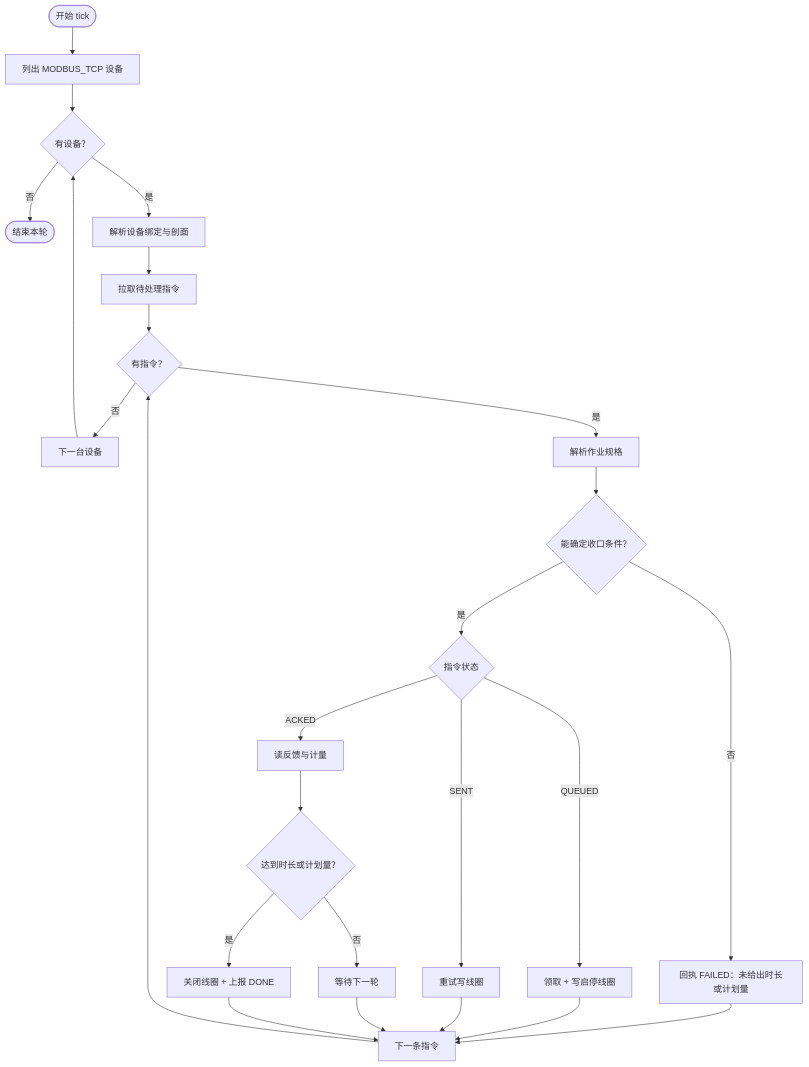
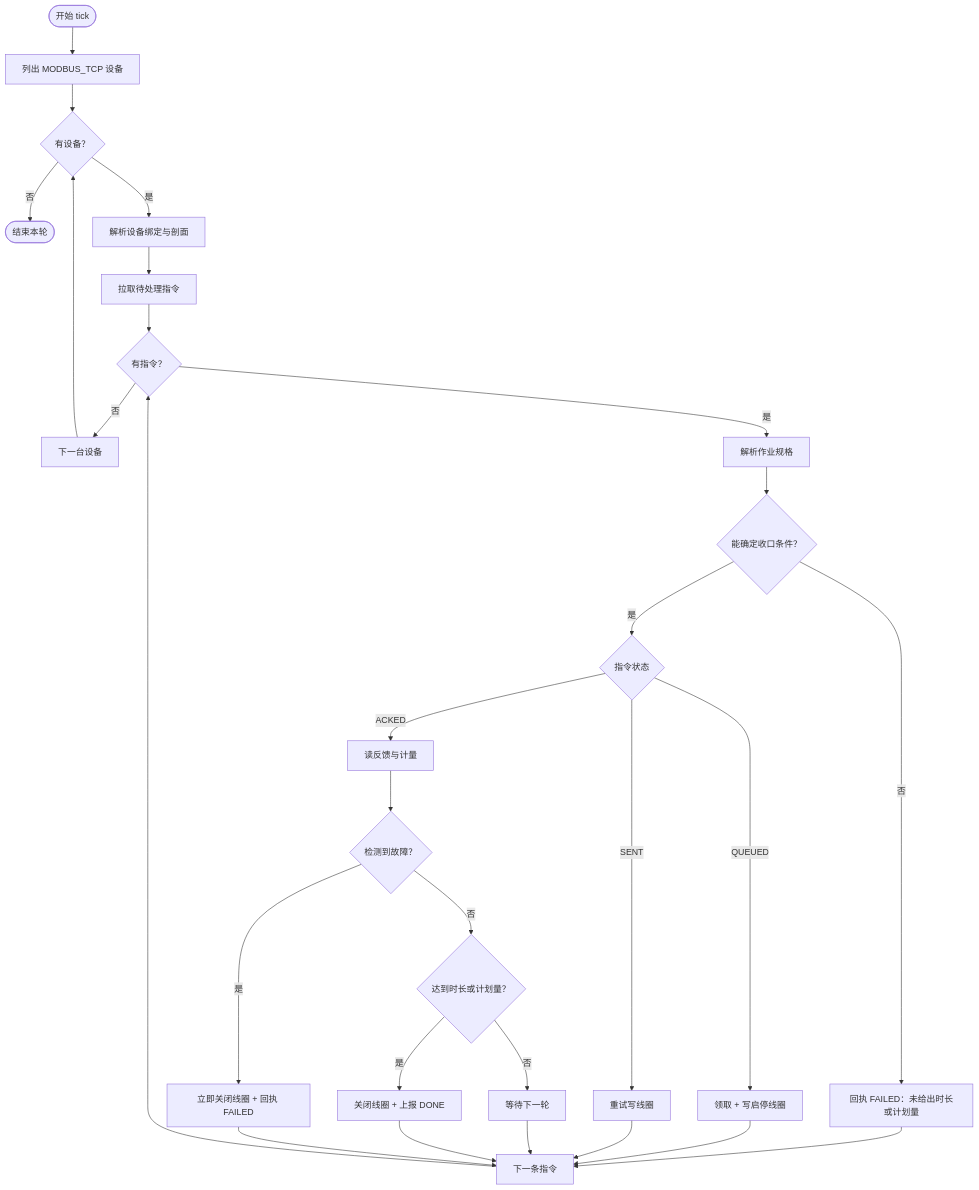
Before and after one commit to q446328246/agri-platform: the third of 8 diagrams in .qoder/repowiki/zh/content/核心服务文档/物联网设备管理/字段网关系统.md, drawn with Mermaid. The commit also changed other lines of this file and 25 other files, not shown here.

````diff
--- a/.qoder/repowiki/zh/content/核心服务文档/物联网设备管理/字段网关系统.md
+++ b/.qoder/repowiki/zh/content/核心服务文档/物联网设备管理/字段网关系统.md
@@ -140,27 +151,30 @@
 ```mermaid
 flowchart TD
 Start(["开始 tick"]) --> ListDevices["列出 MODBUS_TCP 设备"]
 ListDevices --> ForEachDevice{"有设备？"}
 ForEachDevice --> |否| End(["结束本轮"])
 ForEachDevice --> |是| ReadBinding["解析设备绑定与剖面"]
 ReadBinding --> Pending["拉取待处理指令"]
 Pending --> ForEachCmd{"有指令？"}
 ForEachCmd --> |否| NextDevice["下一台设备"]
 ForEachCmd --> |是| ParseSpec["解析作业规格"]
 ParseSpec --> SpecOK{"能确定收口条件？"}
 SpecOK --> |否| FailNoSpec["回执 FAILED：未给出时长或计划量"]
 SpecOK --> |是| SwitchStatus{"指令状态"}
 SwitchStatus --> |QUEUED| Dispatch["领取 + 写启停线圈"]
 SwitchStatus --> |SENT| RetryWrite["重试写线圈"]
 SwitchStatus --> |ACKED| CheckFinish["读反馈与计量"]
-CheckFinish --> Reached{"达到时长或计划量？"}
+CheckFinish --> FaultDetected{"检测到故障？"}
+FaultDetected --> |是| CloseCoilFail["立即关闭线圈 + 回执 FAILED"]
+FaultDetected --> |否| Reached{"达到时长或计划量？"}
 Reached --> |否| WaitNext["等待下一轮"]
 Reached --> |是| CloseCoil["关闭线圈 + 上报 DONE"]
 FailNoSpec --> NextCmd["下一条指令"]
 Dispatch --> NextCmd
 RetryWrite --> NextCmd
 WaitNext --> NextCmd
 CloseCoil --> NextCmd
+CloseCoilFail --> NextCmd
 NextCmd --> ForEachCmd
 NextDevice --> ForEachDevice
 ```
````
